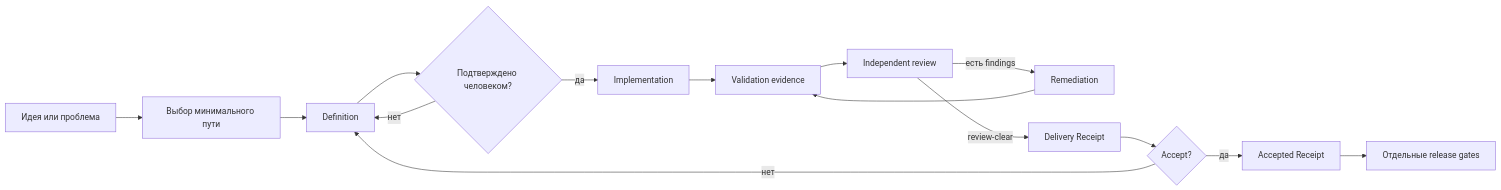
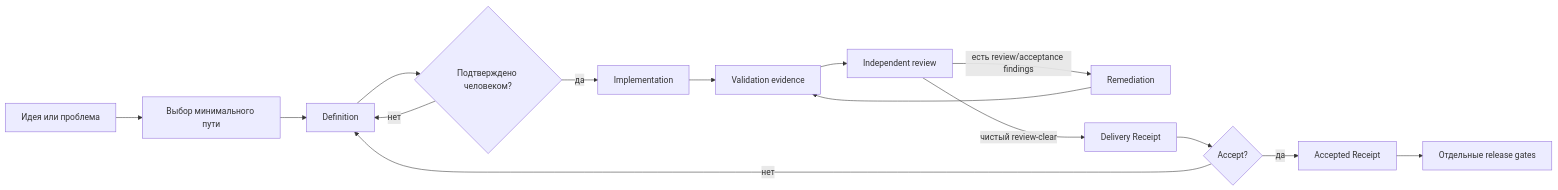
The diagram in docs/how-it-works.md (alexivengo/easy-peasy-dls), drawn with Mermaid before and after one commit. The commit also changed 14 other files, not shown here.

````diff
--- a/docs/how-it-works.md
+++ b/docs/how-it-works.md
@@ -7,17 +7,17 @@
 ```mermaid
 flowchart LR
     A["Идея или проблема"] --> B["Выбор минимального пути"]
     B --> C["Definition"]
     C --> D{"Подтверждено человеком?"}
     D -- "нет" --> C
     D -- "да" --> E["Implementation"]
     E --> F["Validation evidence"]
     F --> G["Independent review"]
-    G -- "есть findings" --> H["Remediation"]
+    G -- "есть review/acceptance findings" --> H["Remediation"]
     H --> F
-    G -- "review-clear" --> R["Delivery Receipt"]
+    G -- "чистый review-clear" --> R["Delivery Receipt"]
     R --> I{"Accept?"}
     I -- "нет" --> C
     I -- "да" --> J["Accepted Receipt"]
     J --> K["Отдельные release gates"]
 ```
````
